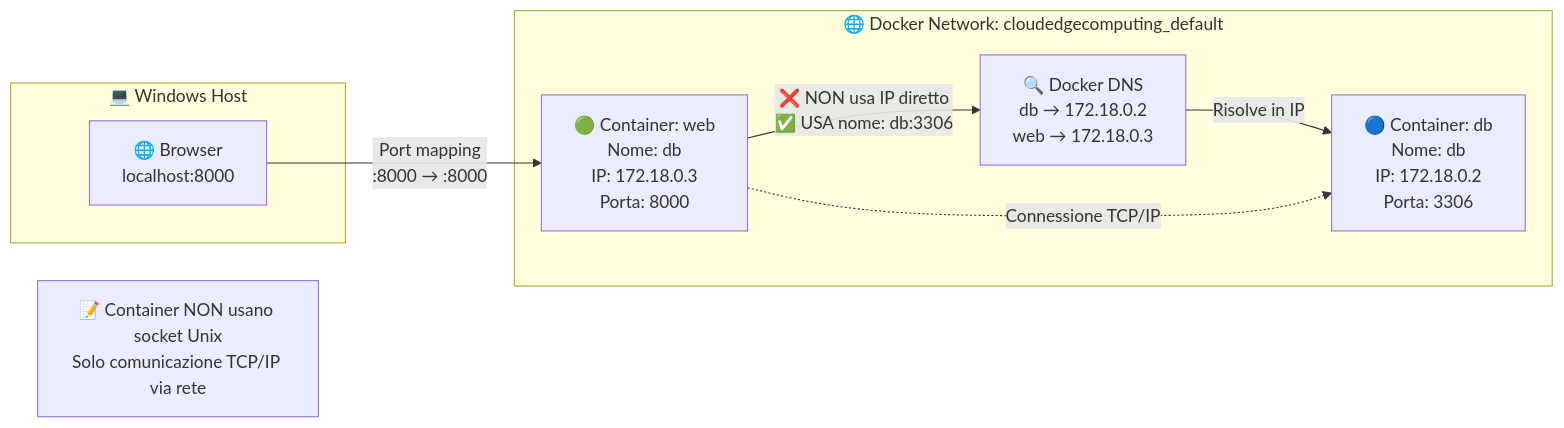
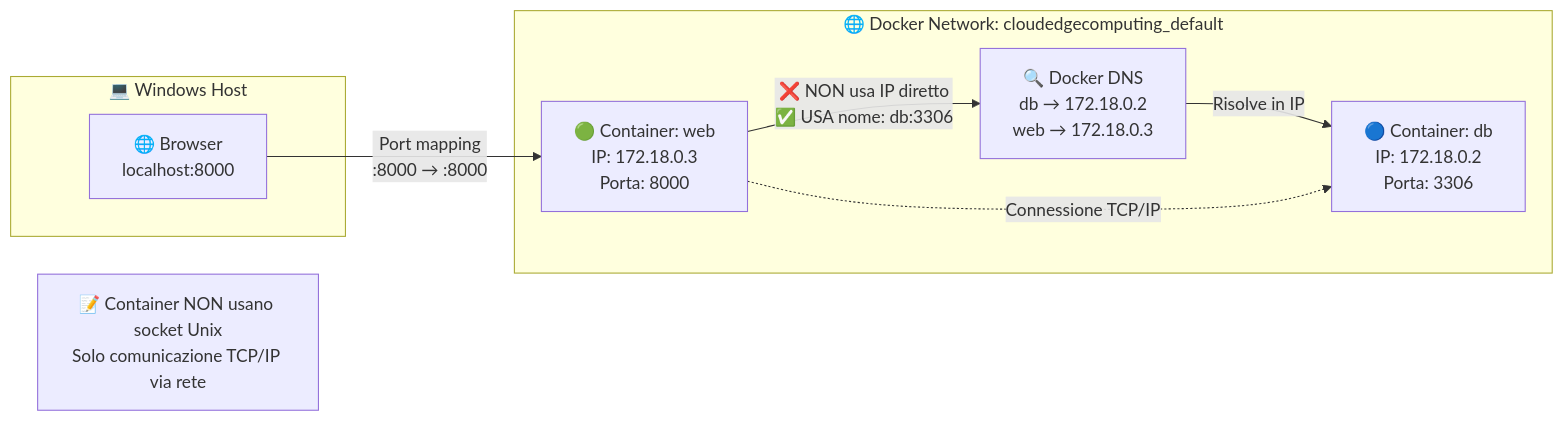
One commit to lucadileo9/dev-experiments changed the fourth of 12 diagrams in appunti.md. Above: the diagram before and after it, drawn with Mermaid. The commit also changed other lines of this file, not shown here.

````diff
--- a/appunti.md
+++ b/appunti.md
@@ -154,22 +150,21 @@
 ```mermaid
 graph LR
     subgraph Host["💻 Windows Host"]
         Browser[🌐 Browser<br/>localhost:8000]
     end
     
     subgraph DockerNet["🌐 Docker Network: cloudedgecomputing_default"]
-        Web["🟢 Container: web<br/>Nome: db<br/>IP: 172.18.0.3<br/>Porta: 8000"]
-        DB["🔵 Container: db<br/>Nome: db<br/>IP: 172.18.0.2<br/>Porta: 3306"]
+        Web["🟢 Container: web<br/>IP: 172.18.0.3<br/>Porta: 8000"]
+        DB["🔵 Container: db<br/>IP: 172.18.0.2<br/>Porta: 3306"]
         DNS["🔍 Docker DNS<br/>db → 172.18.0.2<br/>web → 172.18.0.3"]
     end
     
     Browser -->|Port mapping<br/>:8000 → :8000| Web
     
     Web -->|❌ NON usa IP diretto<br/>✅ USA nome: db:3306| DNS
     DNS -->|Risolve in IP| DB
     
     Web -.->|Connessione TCP/IP| DB
     
-    
     Note1["📝 Container NON usano socket Unix<br/>Solo comunicazione TCP/IP via rete"]
 ```
````
